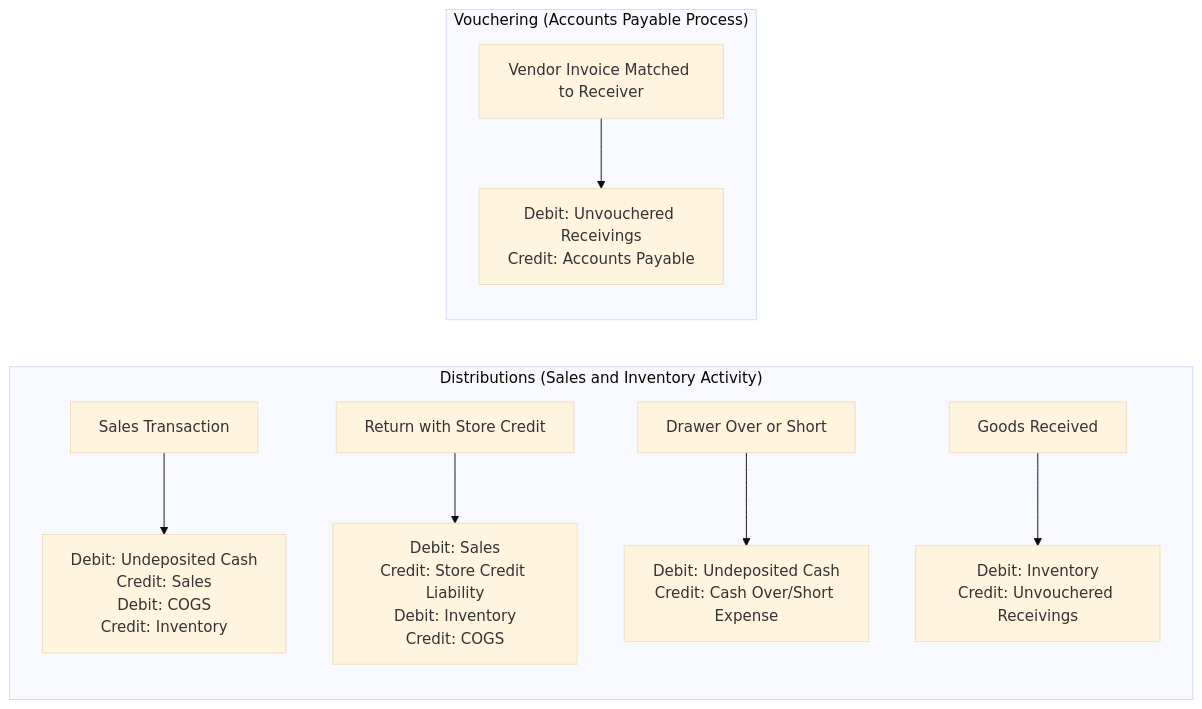
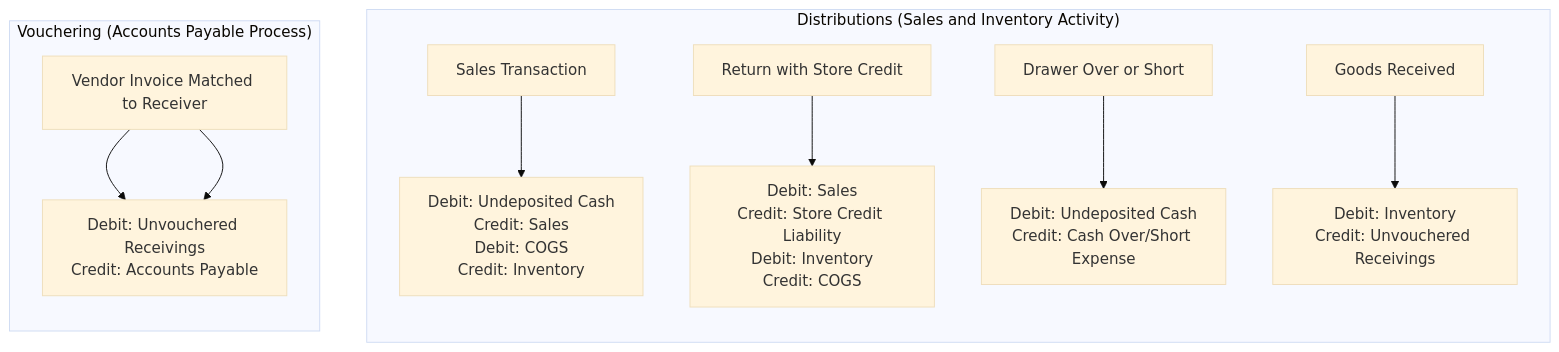
Before and after one commit to Rapid-POS/Rapid-Counterpoint-Unified-Accounting-Connector: the diagram in README.md, drawn with Mermaid (base theme). The commit also changed other lines of this file, not shown here.

````diff
--- a/README.md
+++ b/README.md
@@ -278,26 +276,37 @@
 ```mermaid
-flowchart LR
+flowchart TB
 
 subgraph D["Distributions (Sales and Inventory Activity)"]
 direction TB
 
 S["Sales Transaction"]
 S --> SJE["Debit: Undeposited Cash<br/>Credit: Sales<br/>Debit: COGS<br/>Credit: Inventory"]
 
 R["Return with Store Credit"]
 R --> RJE["Debit: Sales<br/>Credit: Store Credit Liability<br/>Debit: Inventory<br/>Credit: COGS"]
 
 O["Drawer Over or Short"]
 O --> OJE["Debit: Undeposited Cash<br/>Credit: Cash Over/Short Expense"]
 
 G["Goods Received"]
 G --> GJE["Debit: Inventory<br/>Credit: Unvouchered Receivings"]
 end
 
 subgraph V["Vouchering (Accounts Payable Process)"]
 direction TB
 
 VI["Vendor Invoice Matched to Receiver"]
 VI --> VIJE["Debit: Unvouchered Receivings<br/>Credit: Accounts Payable"]
 end
+
+
+
+
+
+subgraph V["Vouchering (Accounts Payable Process)"]
+direction TB
+
+VI["Vendor Invoice Matched to Receiver"]
+VI --> VIJE["Debit: Unvouchered Receivings<br/>Credit: Accounts Payable"]
+end
 ```
````
